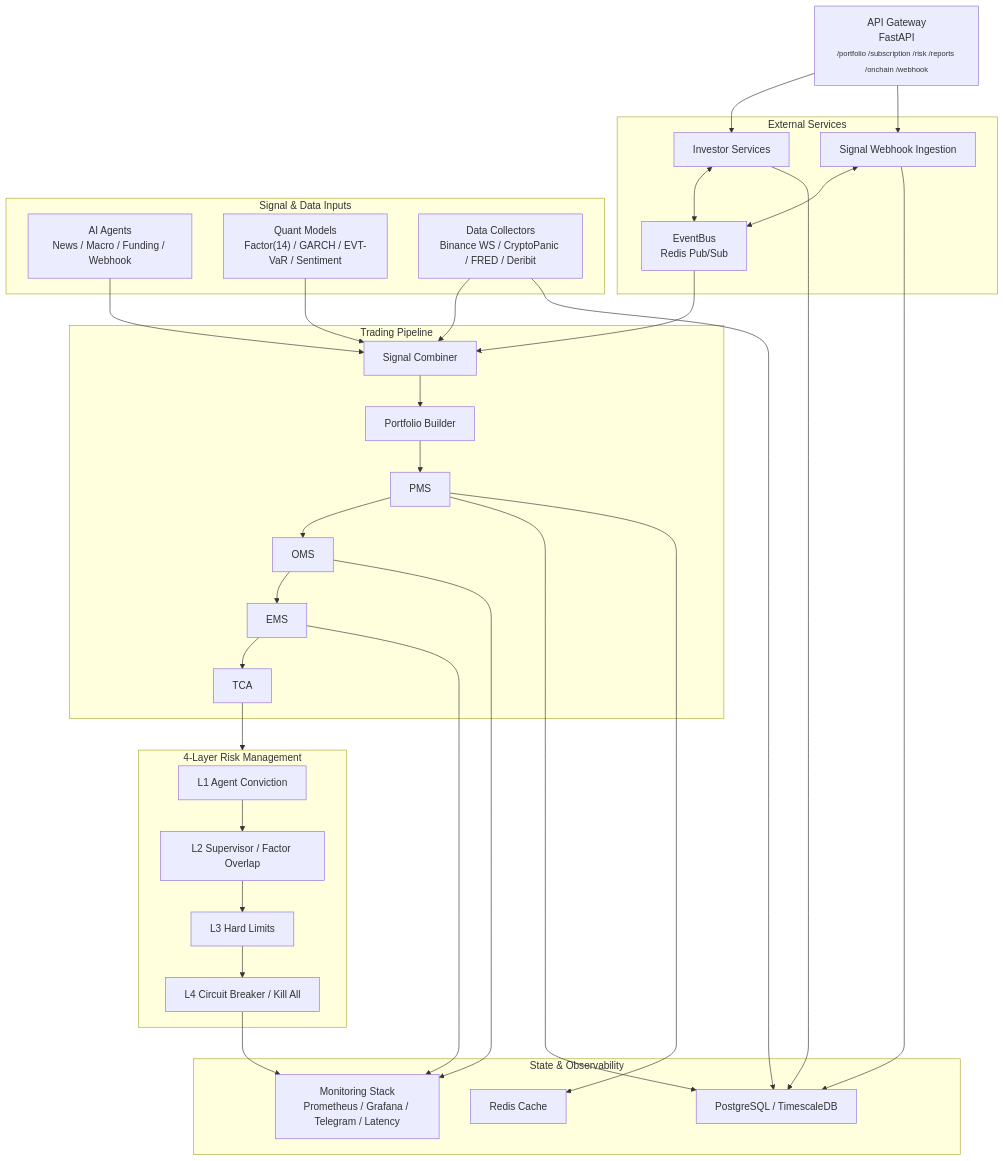
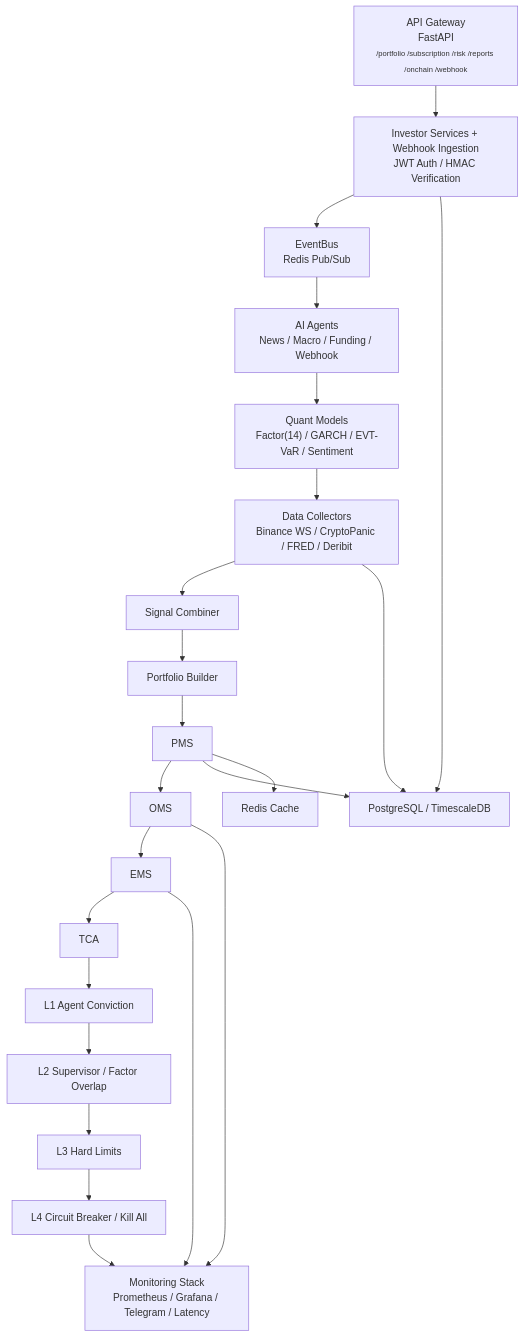
The diagram in introduction/architecture.mdx (catyans/docs), drawn with Mermaid before and after one commit.

Commit message:
Narrow architecture diagram for docs width

````diff
--- a/introduction/architecture.mdx
+++ b/introduction/architecture.mdx
@@ -12,58 +12,34 @@
 ```mermaid
 flowchart TB
   GW["API Gateway<br/>FastAPI<br/><span style='font-size:12px'>/portfolio /subscription /risk /reports /onchain /webhook</span>"]
+  API["Investor Services + Webhook Ingestion<br/>JWT Auth / HMAC Verification"]
+  EB["EventBus<br/>Redis Pub/Sub"]
+  AG["AI Agents<br/>News / Macro / Funding / Webhook"]
+  QM["Quant Models<br/>Factor(14) / GARCH / EVT-VaR / Sentiment"]
+  DC["Data Collectors<br/>Binance WS / CryptoPanic / FRED / Deribit"]
+  SC["Signal Combiner"]
+  PB["Portfolio Builder"]
+  PMS["PMS"]
+  OMS["OMS"]
+  EMS["EMS"]
+  TCA["TCA"]
+  R1["L1 Agent Conviction"]
+  R2["L2 Supervisor / Factor Overlap"]
+  R3["L3 Hard Limits"]
+  R4["L4 Circuit Breaker / Kill All"]
+  PG["PostgreSQL / TimescaleDB"]
+  RC["Redis Cache"]
+  MON["Monitoring Stack<br/>Prometheus / Grafana / Telegram / Latency"]
 
-  subgraph API["External Services"]
-    INV["Investor Services"]
-    WH["Signal Webhook Ingestion"]
-    EB["EventBus<br/>Redis Pub/Sub"]
-    INV <--> EB
-    WH <--> EB
-  end
-
-  subgraph INPUTS["Signal & Data Inputs"]
-    AG["AI Agents<br/>News / Macro / Funding / Webhook"]
-    QM["Quant Models<br/>Factor(14) / GARCH / EVT-VaR / Sentiment"]
-    DC["Data Collectors<br/>Binance WS / CryptoPanic / FRED / Deribit"]
-  end
-
-  subgraph PIPE["Trading Pipeline"]
-    SC["Signal Combiner"]
-    PB["Portfolio Builder"]
-    PMS["PMS"]
-    OMS["OMS"]
-    EMS["EMS"]
-    TCA["TCA"]
-    SC --> PB --> PMS --> OMS --> EMS --> TCA
-  end
-
-  subgraph RISK["4-Layer Risk Management"]
-    R1["L1 Agent Conviction"]
-    R2["L2 Supervisor / Factor Overlap"]
-    R3["L3 Hard Limits"]
-    R4["L4 Circuit Breaker / Kill All"]
-    R1 --> R2 --> R3 --> R4
-  end
-
-  subgraph STATE["State & Observability"]
-    PG["PostgreSQL / TimescaleDB"]
-    RC["Redis Cache"]
-    MON["Monitoring Stack<br/>Prometheus / Grafana / Telegram / Latency"]
-  end
-
-  GW --> INV
-  GW --> WH
-  EB --> SC
-  AG --> SC
-  QM --> SC
-  DC --> SC
-  TCA --> RISK
-  INV --> PG
-  WH --> PG
+  GW --> API --> EB
+  EB --> AG --> QM --> DC --> SC
+  SC --> PB --> PMS --> OMS --> EMS --> TCA
+  TCA --> R1 --> R2 --> R3 --> R4
+  API --> PG
   DC --> PG
   PMS --> PG
   PMS --> RC
   OMS --> MON
   EMS --> MON
   R4 --> MON
 ```
````
